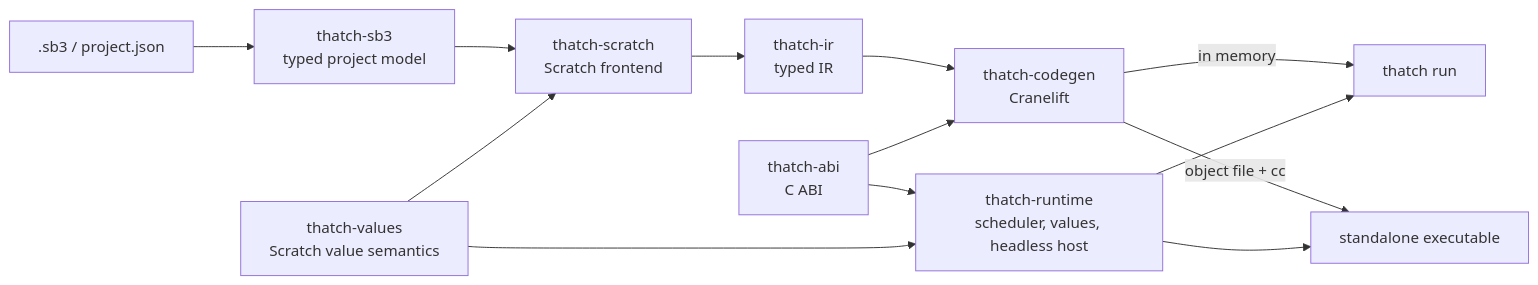
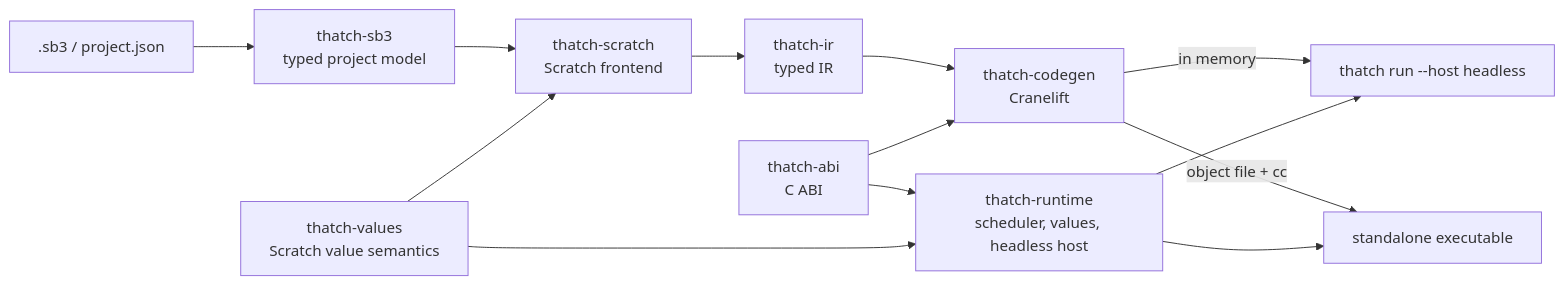
The diagram in docs/architecture.md (AstroBlocksMod/thatch), drawn with Mermaid before and after one commit. The commit also changed other lines of this file and 22 other files, not shown here.

First line of the commit message:
Default to a window: thatch run and thatch build use the Scratch Everywhere! host (#11)

````diff
--- a/docs/architecture.md
+++ b/docs/architecture.md
@@ -5,15 +5,15 @@
 ```mermaid
 flowchart LR
     sb3[".sb3 / project.json"] --> reader["thatch-sb3<br/>typed project model"]
     reader --> frontend["thatch-scratch<br/>Scratch frontend"]
     values["thatch-values<br/>Scratch value semantics"] --> frontend
     frontend --> ir["thatch-ir<br/>typed IR"]
     ir --> codegen["thatch-codegen<br/>Cranelift"]
     abi["thatch-abi<br/>C ABI"] --> codegen
-    codegen -->|in memory| jit["thatch run"]
+    codegen -->|in memory| jit["thatch run --host headless"]
     codegen -->|object file + cc| exe["standalone executable"]
     abi --> runtime["thatch-runtime<br/>scheduler, values, headless host"]
     values --> runtime
     runtime --> jit
     runtime --> exe
 ```
````
